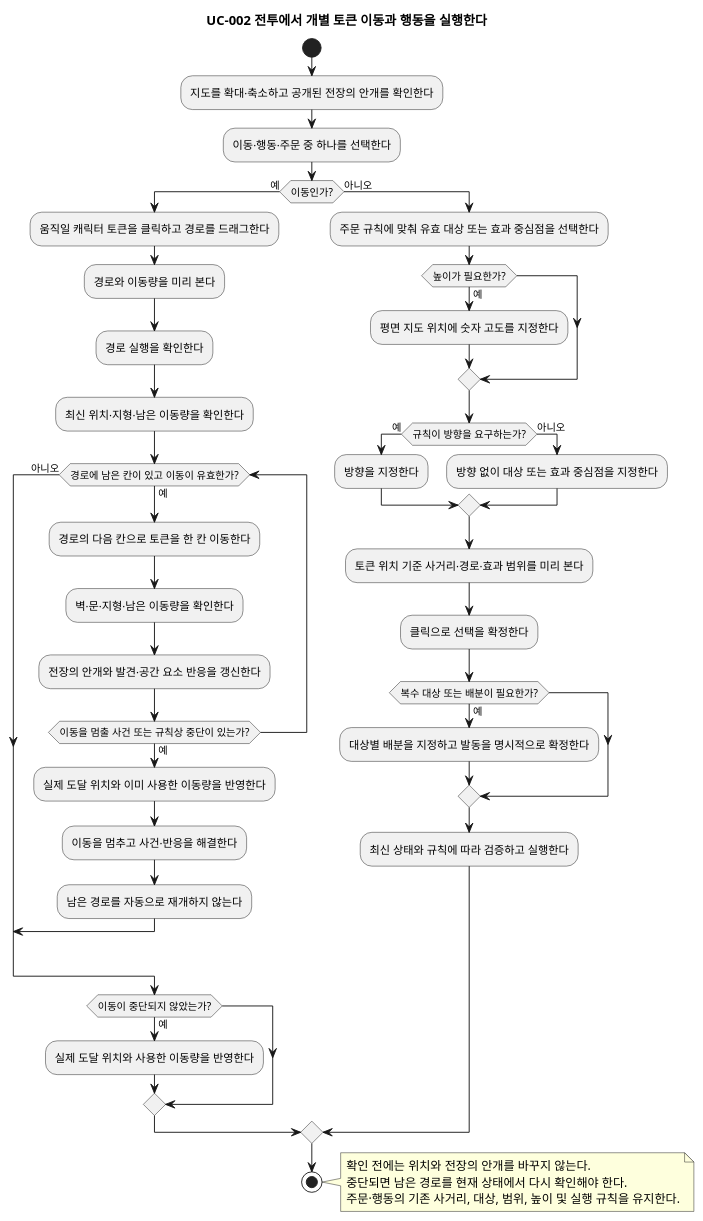
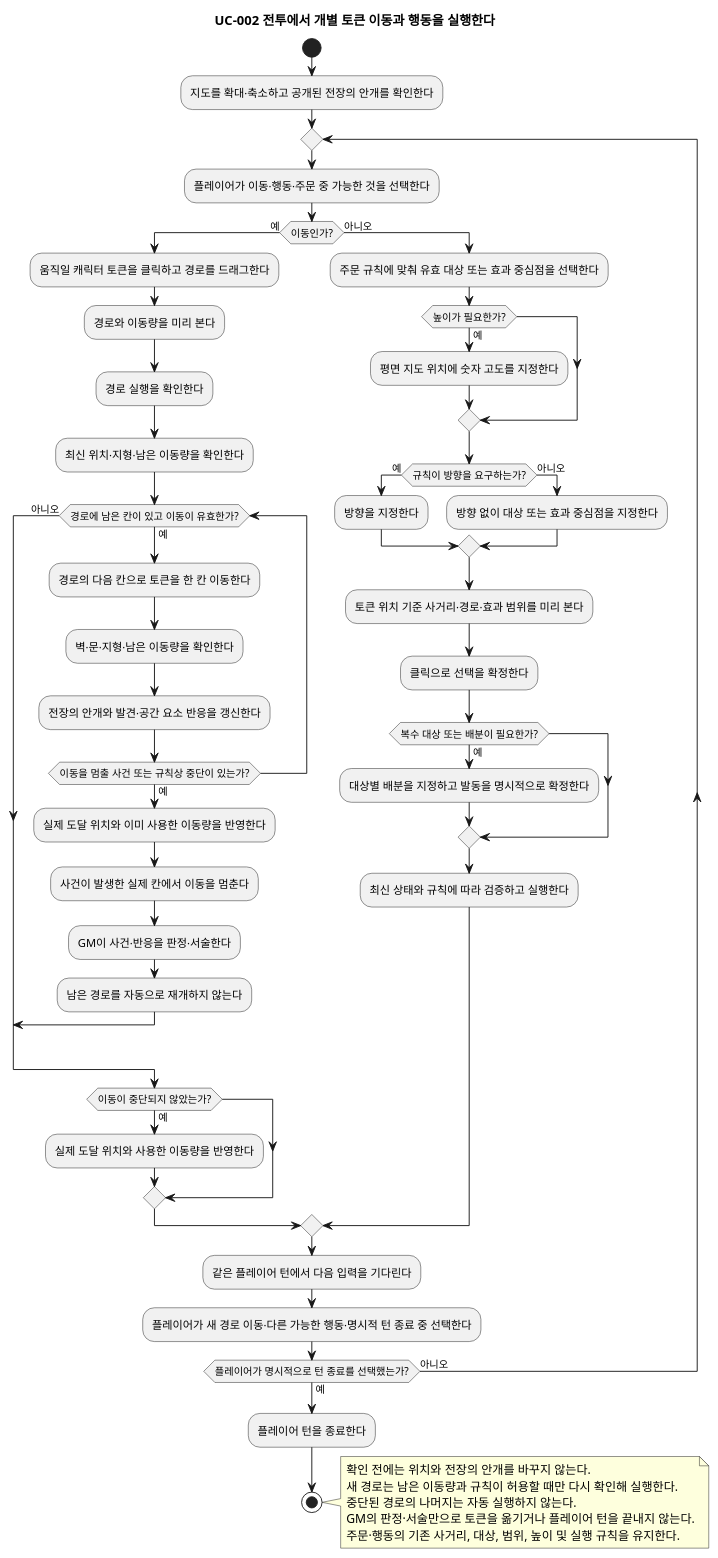
One commit to omegafrog/dnd-master changed the diagram in docs/specs/combat-movement-spell-range/diagrams/product/UC-002.activity.puml. Above: the diagram before and after it, drawn with PlantUML. The commit also changed 21 other files, not shown here.

```diff
--- a/docs/specs/combat-movement-spell-range/diagrams/product/UC-002.activity.puml
+++ b/docs/specs/combat-movement-spell-range/diagrams/product/UC-002.activity.puml
@@ -1,48 +1,57 @@
 @startuml
 title UC-002 전투에서 개별 토큰 이동과 행동을 실행한다
+' BR-05, BR-08, BR-16, BR-18, BR-19; ST-UC-002-01~03
 start
 :지도를 확대·축소하고 공개된 전장의 안개를 확인한다;
-:이동·행동·주문 중 하나를 선택한다;
+repeat
+:플레이어가 이동·행동·주문 중 가능한 것을 선택한다;
 if (이동인가?) then (예)
   :움직일 캐릭터 토큰을 클릭하고 경로를 드래그한다;
   :경로와 이동량을 미리 본다;
   :경로 실행을 확인한다;
   :최신 위치·지형·남은 이동량을 확인한다;
   while (경로에 남은 칸이 있고 이동이 유효한가?) is (예)
     :경로의 다음 칸으로 토큰을 한 칸 이동한다;
     :벽·문·지형·남은 이동량을 확인한다;
     :전장의 안개와 발견·공간 요소 반응을 갱신한다;
     if (이동을 멈출 사건 또는 규칙상 중단이 있는가?) then (예)
       :실제 도달 위치와 이미 사용한 이동량을 반영한다;
-      :이동을 멈추고 사건·반응을 해결한다;
+      :사건이 발생한 실제 칸에서 이동을 멈춘다;
+      :GM이 사건·반응을 판정·서술한다;
       :남은 경로를 자동으로 재개하지 않는다;
       break
     endif
   endwhile (아니오)
   if (이동이 중단되지 않았는가?) then (예)
     :실제 도달 위치와 사용한 이동량을 반영한다;
   endif
 else (아니오)
   :주문 규칙에 맞춰 유효 대상 또는 효과 중심점을 선택한다;
   if (높이가 필요한가?) then (예)
     :평면 지도 위치에 숫자 고도를 지정한다;
   endif
   if (규칙이 방향을 요구하는가?) then (예)
     :방향을 지정한다;
   else (아니오)
     :방향 없이 대상 또는 효과 중심점을 지정한다;
   endif
   :토큰 위치 기준 사거리·경로·효과 범위를 미리 본다;
   :클릭으로 선택을 확정한다;
   if (복수 대상 또는 배분이 필요한가?) then (예)
     :대상별 배분을 지정하고 발동을 명시적으로 확정한다;
   endif
   :최신 상태와 규칙에 따라 검증하고 실행한다;
 endif
+:같은 플레이어 턴에서 다음 입력을 기다린다;
+:플레이어가 새 경로 이동·다른 가능한 행동·명시적 턴 종료 중 선택한다;
+repeat while (플레이어가 명시적으로 턴 종료를 선택했는가?) is (아니오) not (예)
+:플레이어 턴을 종료한다;
 stop
 note right
   확인 전에는 위치와 전장의 안개를 바꾸지 않는다.
-  중단되면 남은 경로를 현재 상태에서 다시 확인해야 한다.
+  새 경로는 남은 이동량과 규칙이 허용할 때만 다시 확인해 실행한다.
+  중단된 경로의 나머지는 자동 실행하지 않는다.
+  GM의 판정·서술만으로 토큰을 옮기거나 플레이어 턴을 끝내지 않는다.
   주문·행동의 기존 사거리, 대상, 범위, 높이 및 실행 규칙을 유지한다.
 end note
 @enduml
```
